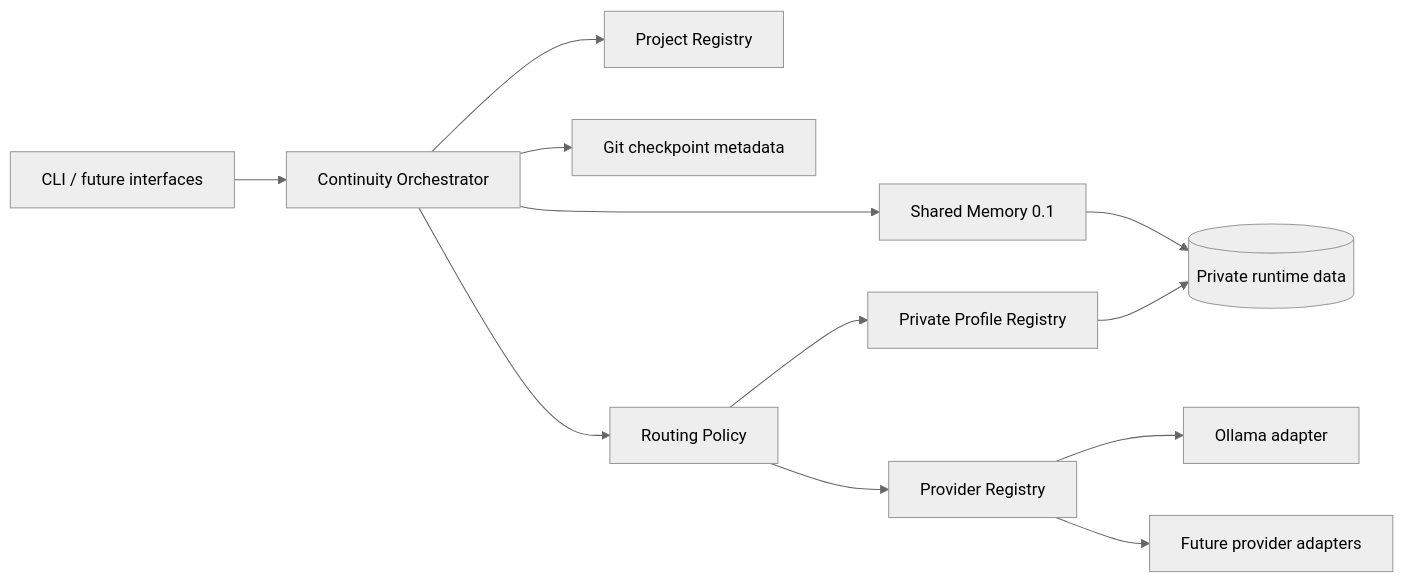
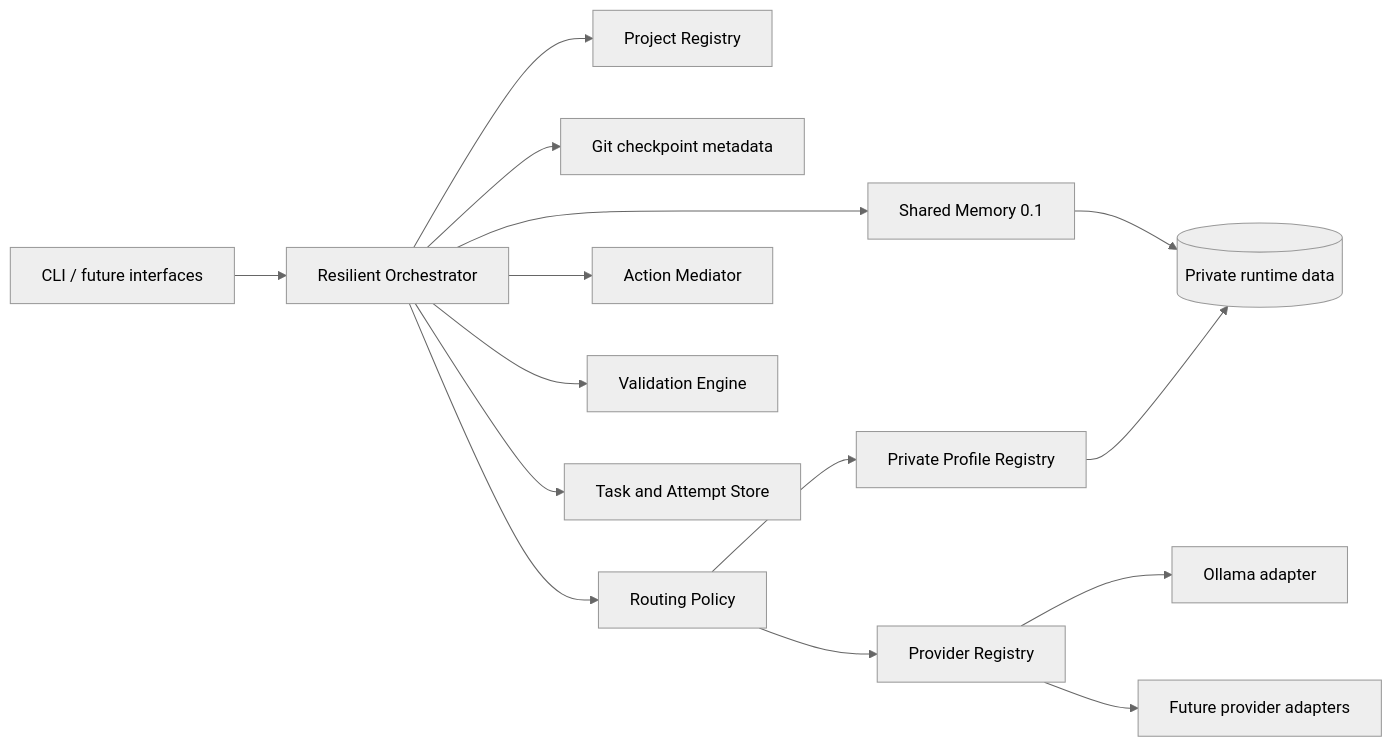
One commit to ricdegre/AI-Router changed the diagram in README.md. Above: the diagram before and after it, drawn with Mermaid (neutral theme). The commit also changed other lines of this file and 7 other files, not shown here.

````diff
--- a/README.md
+++ b/README.md
@@ -35,14 +37,17 @@
 ```mermaid
 flowchart LR
-    CLI[CLI / future interfaces] --> ORCH[Continuity Orchestrator]
+    CLI[CLI / future interfaces] --> ORCH[Resilient Orchestrator]
     ORCH --> REG[Project Registry]
     ORCH --> MEM[Shared Memory 0.1]
     ORCH --> GIT[Git checkpoint metadata]
     ORCH --> POLICY[Routing Policy]
+    ORCH --> ACTIONS[Action Mediator]
+    ORCH --> VALIDATE[Validation Engine]
+    ORCH --> ATTEMPTS[Task and Attempt Store]
     POLICY --> PREG[Provider Registry]
     POLICY --> PROFILES[Private Profile Registry]
     PREG --> OLLAMA[Ollama adapter]
     PREG --> FUTURE[Future provider adapters]
     MEM --> DATA[(Private runtime data)]
     PROFILES --> DATA
 ```
````
